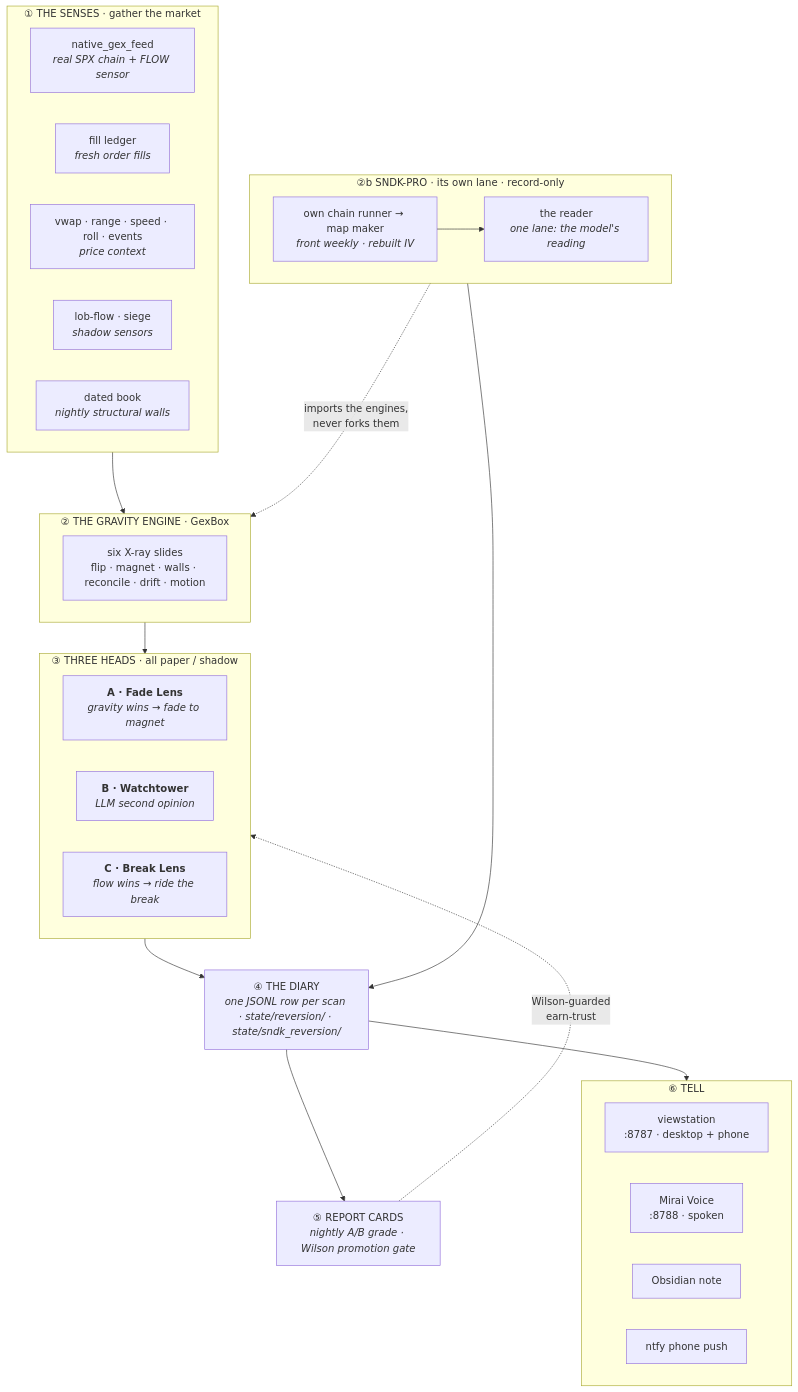
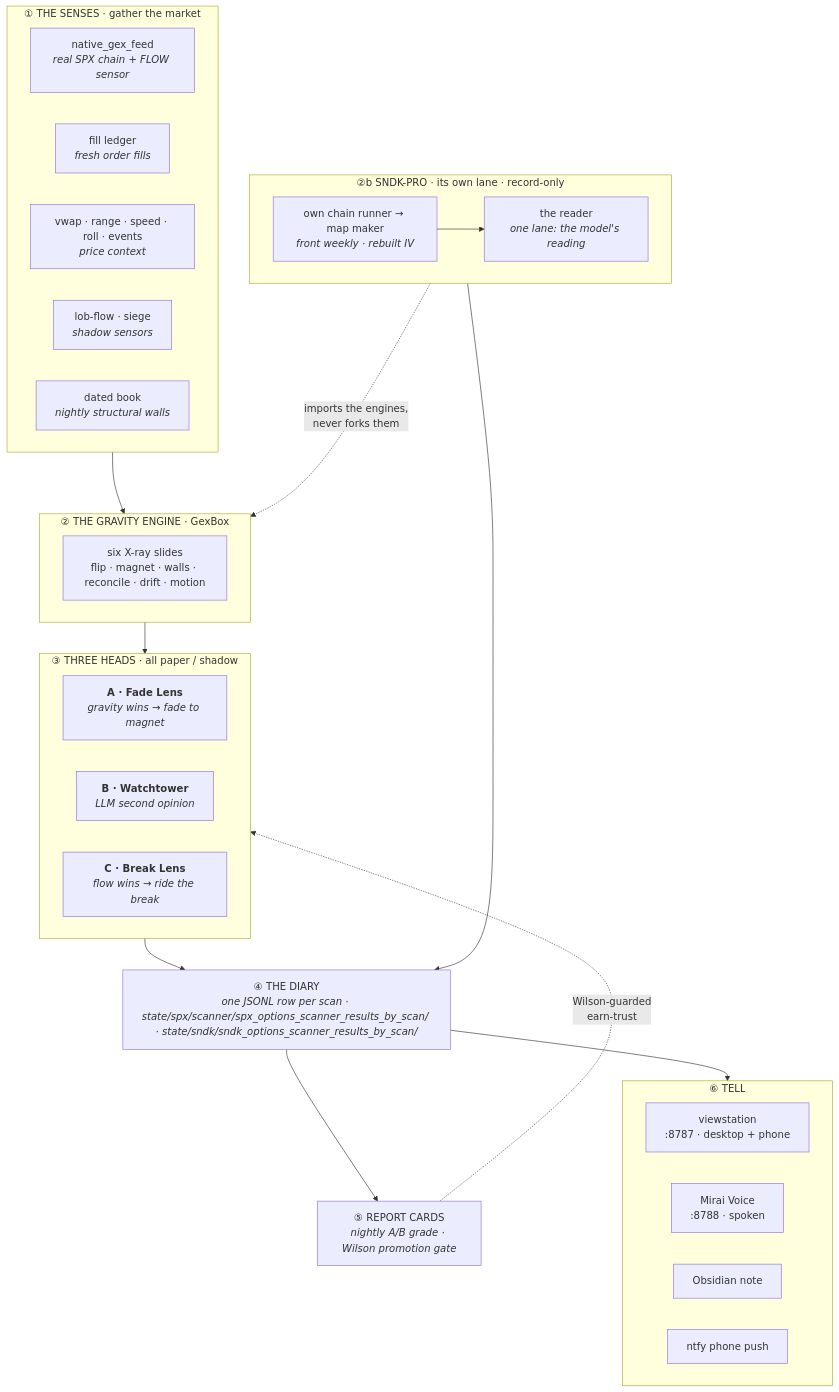
The diagram in README.md (fivestone14/mirai-station), drawn with Mermaid before and after one commit. The commit also changed other lines of this file and 211 other files, not shown here.

````diff
--- a/README.md
+++ b/README.md
@@ -55,47 +55,47 @@
 ```mermaid
 flowchart TB
   subgraph SENSES["① THE SENSES · gather the market"]
     direction LR
     THETA["native_gex_feed<br/><i>real SPX chain + FLOW sensor</i>"]
     FILL["fill ledger<br/><i>fresh order fills</i>"]
     CTX["vwap · range · speed · roll · events<br/><i>price context</i>"]
     LOB["lob-flow · siege<br/><i>shadow sensors</i>"]
     DATED["dated book<br/><i>nightly structural walls</i>"]
   end
 
   subgraph ENGINE["② THE GRAVITY ENGINE · GexBox"]
     GEX["six X-ray slides<br/>flip · magnet · walls · reconcile · drift · motion"]
   end
 
   subgraph HEADS["③ THREE HEADS · all paper / shadow"]
     direction LR
     FADE["<b>A · Fade Lens</b><br/><i>gravity wins → fade to magnet</i>"]
     WT["<b>B · Watchtower</b><br/><i>LLM second opinion</i>"]
     BREAK["<b>C · Break Lens</b><br/><i>flow wins → ride the break</i>"]
   end
 
   subgraph SNDKPRO["②b SNDK-PRO · its own lane · record-only"]
     direction LR
     SFEED["own chain runner → map maker<br/><i>front weekly · rebuilt IV</i>"]
     SREAD["the reader<br/><i>one lane: the model's reading</i>"]
     SFEED --> SREAD
   end
 
-  DIARY["④ THE DIARY<br/><i>one JSONL row per scan · state/reversion/ · state/sndk_reversion/</i>"]
+  DIARY["④ THE DIARY<br/><i>one JSONL row per scan · state/spx/scanner/spx_options_scanner_results_by_scan/ · state/sndk/sndk_options_scanner_results_by_scan/</i>"]
   CARD["⑤ REPORT CARDS<br/><i>nightly A/B grade · Wilson promotion gate</i>"]
 
   subgraph TELL["⑥ TELL"]
     direction LR
     VIEW["viewstation<br/>:8787 · desktop + phone"]
     VOICE["Mirai Voice<br/>:8788 · spoken"]
     NOTE["Obsidian note"]
     BELL["ntfy phone push"]
   end
 
   SENSES --> ENGINE --> HEADS --> DIARY
   SNDKPRO -. "imports the engines,<br/>never forks them" .-> ENGINE
   SNDKPRO --> DIARY
   DIARY --> CARD
   CARD -. "Wilson-guarded<br/>earn-trust" .-> HEADS
   DIARY --> TELL
 ```
````
